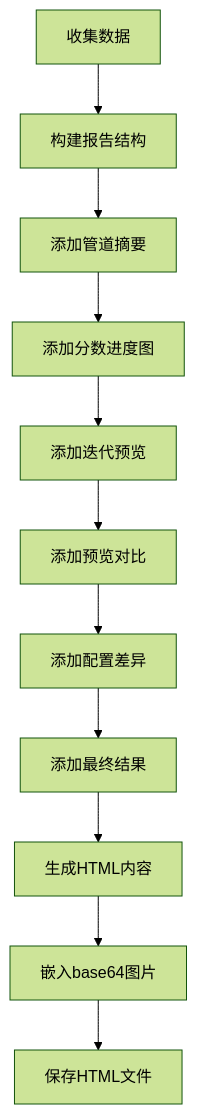
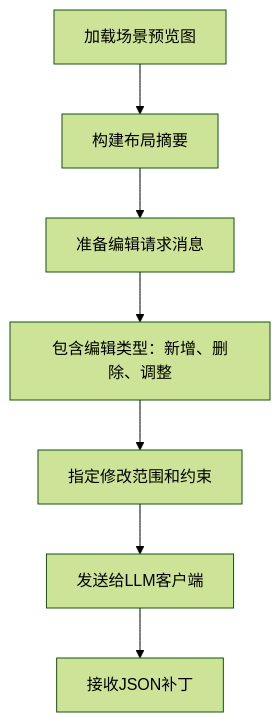
One commit to wsqstar/RoadGen3D changed diagram 11 of 17 in .qoder/repowiki/zh/content/里程碑管道/自动场景生成流水线/自动场景生成流水线.md. Above: the diagram before and after it, drawn with Mermaid (forest theme). The commit also changed other lines of this file and 12 other files, not shown here.

````diff
--- a/.qoder/repowiki/zh/content/里程碑管道/自动场景生成流水线/自动场景生成流水线.md
+++ b/.qoder/repowiki/zh/content/里程碑管道/自动场景生成流水线/自动场景生成流水线.md
@@ -346,13 +442,9 @@
 ```mermaid
 flowchart TD
-A[收集数据] --> B[构建报告结构]
-B --> C[添加管道摘要]
-C --> D[添加分数进度图]
-D --> E[添加迭代预览]
-E --> F[添加预览对比]
-F --> G[添加配置差异]
-G --> H[添加最终结果]
-H --> I[生成HTML内容]
-I --> J[嵌入base64图片]
-J --> K[保存HTML文件]
+A[加载场景预览图] --> B[构建布局摘要]
+B --> C[准备编辑请求消息]
+C --> D[包含编辑类型：新增、删除、调整]
+D --> E[指定修改范围和约束]
+E --> F[发送给LLM客户端]
+F --> G[接收JSON补丁]
 ```
````
